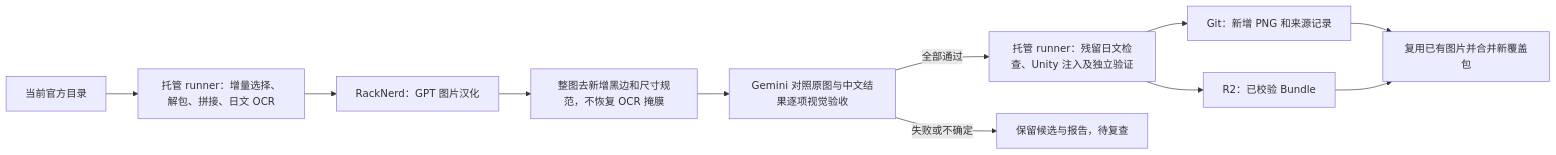
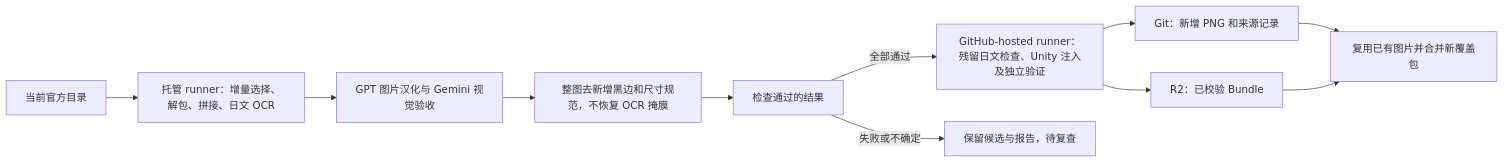
The diagram in docs/IMAGE_INCREMENTAL.md (kohakunamori/MLTDTranslationAssets), drawn with Mermaid before and after one commit. The commit also changed other lines of this file and 13 other files, not shown here.

````diff
--- a/docs/IMAGE_INCREMENTAL.md
+++ b/docs/IMAGE_INCREMENTAL.md
@@ -16,13 +16,13 @@
 ```mermaid
 flowchart LR
   Index[当前官方目录] --> Hosted[托管 runner：增量选择、解包、拼接、日文 OCR]
-  Hosted --> VPS[RackNerd：GPT 图片汉化]
-  VPS --> Norm[整图去新增黑边和尺寸规范，不恢复 OCR 掩膜]
-  Norm --> Vision[Gemini 对照原图与中文结果逐项视觉验收]
-  Vision -->|全部通过| Audit[托管 runner：残留日文检查、Unity 注入及独立验证]
+  Hosted --> Translate[GPT 图片汉化与 Gemini 视觉验收]
+  Translate --> Norm[整图去新增黑边和尺寸规范，不恢复 OCR 掩膜]
+  Norm --> Vision[检查通过的结果]
+  Vision -->|全部通过| Audit[GitHub-hosted runner：残留日文检查、Unity 注入及独立验证]
   Vision -->|失败或不确定| Hold[保留候选与报告，待复查]
   Audit --> Git[Git：新增 PNG 和来源记录]
   Audit --> R2[R2：已校验 Bundle]
   Git --> Release[复用已有图片并合并新覆盖包]
   R2 --> Release
 ```
````
